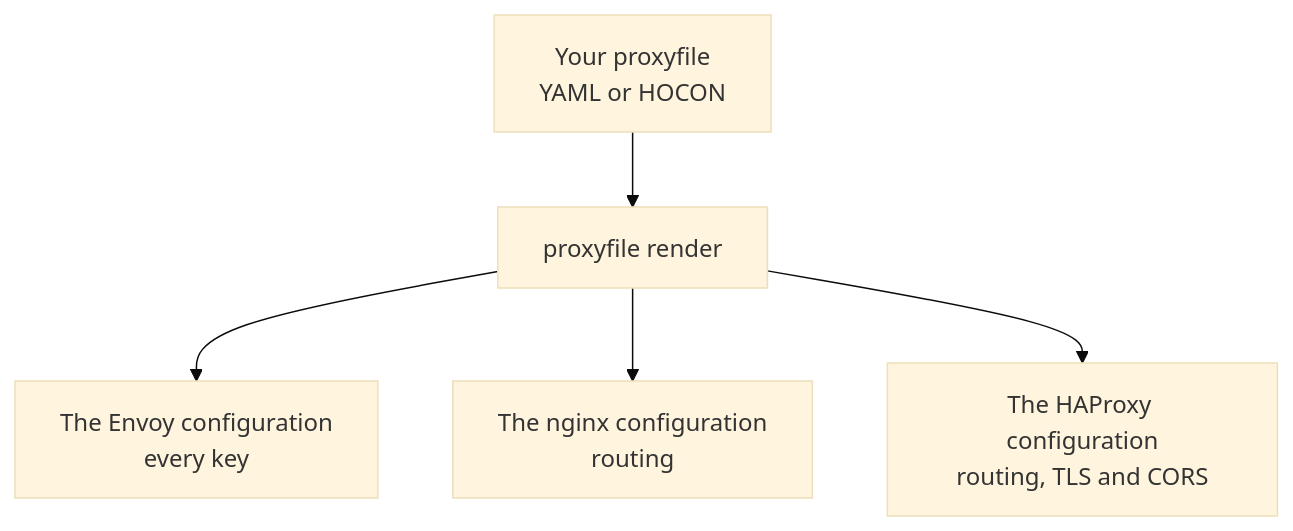
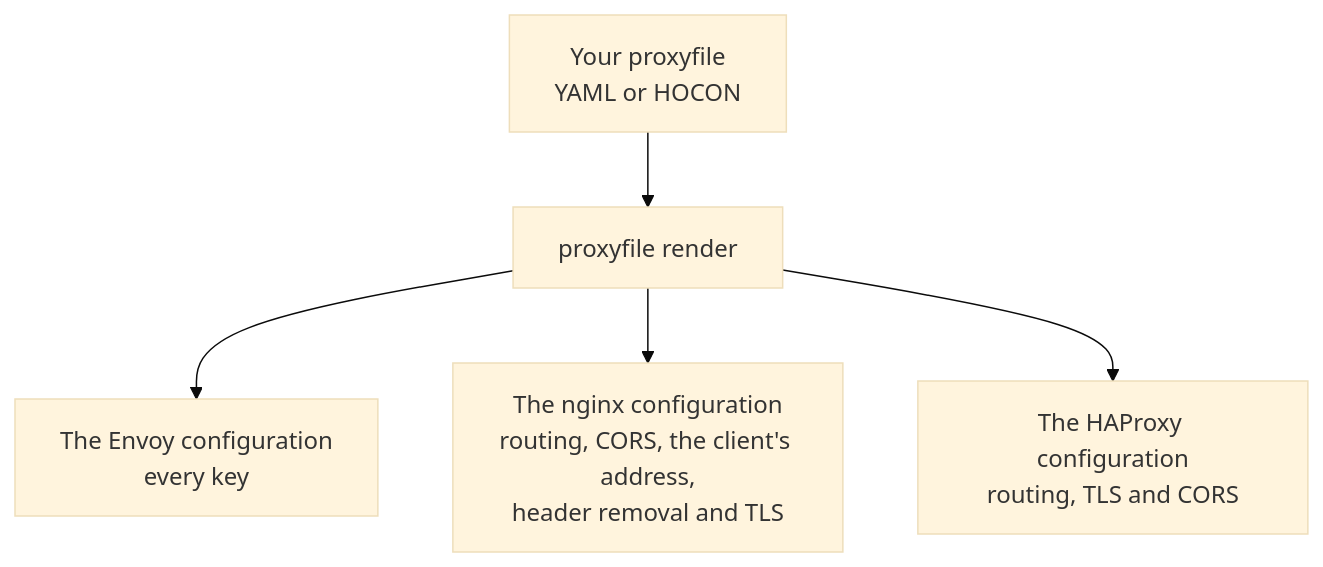
One commit to kitecorp/proxyfile changed the first of 2 diagrams in README.md. Above: the diagram before and after it, drawn with Mermaid (base theme). The commit also changed other lines of this file and 78 other files, not shown here.

````diff
--- a/README.md
+++ b/README.md
@@ -16,7 +17,7 @@
 ```mermaid
 flowchart TB
     source["Your proxyfile<br/>YAML or HOCON"] --> render["proxyfile render"]
     render --> envoy["The Envoy configuration<br/>every key"]
-    render --> nginx["The nginx configuration<br/>routing"]
+    render --> nginx["The nginx configuration<br/>routing, CORS, the client's address,<br/>header removal and TLS"]
     render --> haproxy["The HAProxy configuration<br/>routing, TLS and CORS"]
 ```
````
